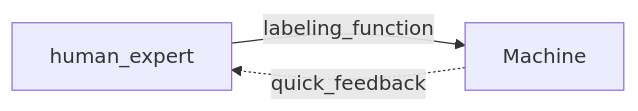
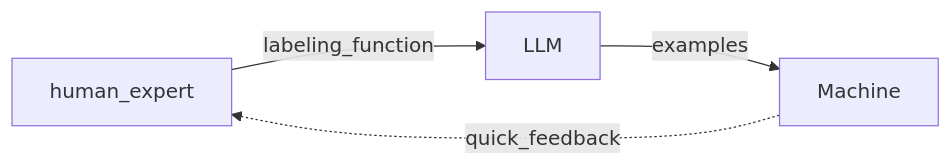
The second of 2 diagrams in tune_foundational_models/README.md (borisdev/research), drawn with Mermaid before and after one commit.

Commit message:
fine tune diagram

````diff
--- a/tune_foundational_models/README.md
+++ b/tune_foundational_models/README.md
@@ -43,5 +43,5 @@
 ```mermaid
 flowchart LR
-    human_expert-- labeling_function -->Machine
+    human_expert-- labeling_function --> LLM-- examples -->Machine
     Machine-. quick_feedback .-> human_expert
 ```
````
